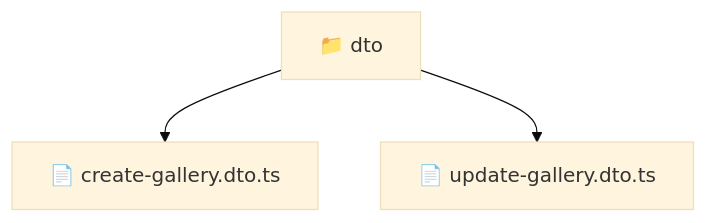
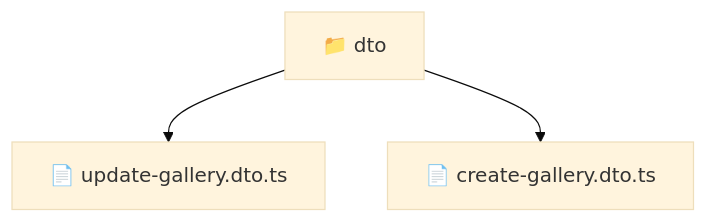
One commit to beginwebdev2002/fullstack-mavluda changed the diagram in backend/src/modules/gallery/presentation/dto/README.md. Above: the diagram before and after it, drawn with Mermaid (base theme). The commit also changed other lines of this file and 164 other files, not shown here.

First line of the commit message:
docs: generate robust autonomous architectural documentation

````diff
--- a/backend/src/modules/gallery/presentation/dto/README.md
+++ b/backend/src/modules/gallery/presentation/dto/README.md
@@ -9,6 +11,6 @@
 ```mermaid
 graph TD
-  Root["📁 dto"]
-  Root --> create_gallery_dto_ts["📄 create-gallery.dto.ts"]
-  Root --> update_gallery_dto_ts["📄 update-gallery.dto.ts"]
+    f_dto["📁 dto"]
+    f_dto --> f_update_gallery_dto_ts["📄 update-gallery.dto.ts"]
+    f_dto --> f_create_gallery_dto_ts["📄 create-gallery.dto.ts"]
 ```
````
